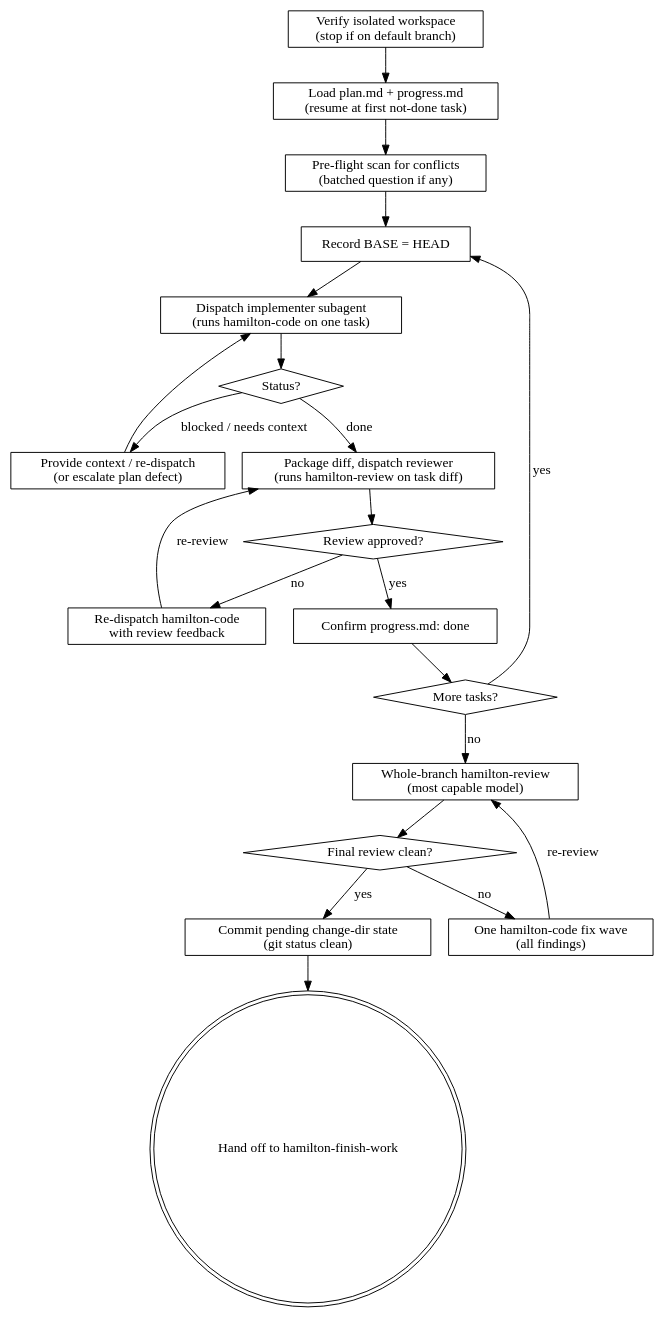
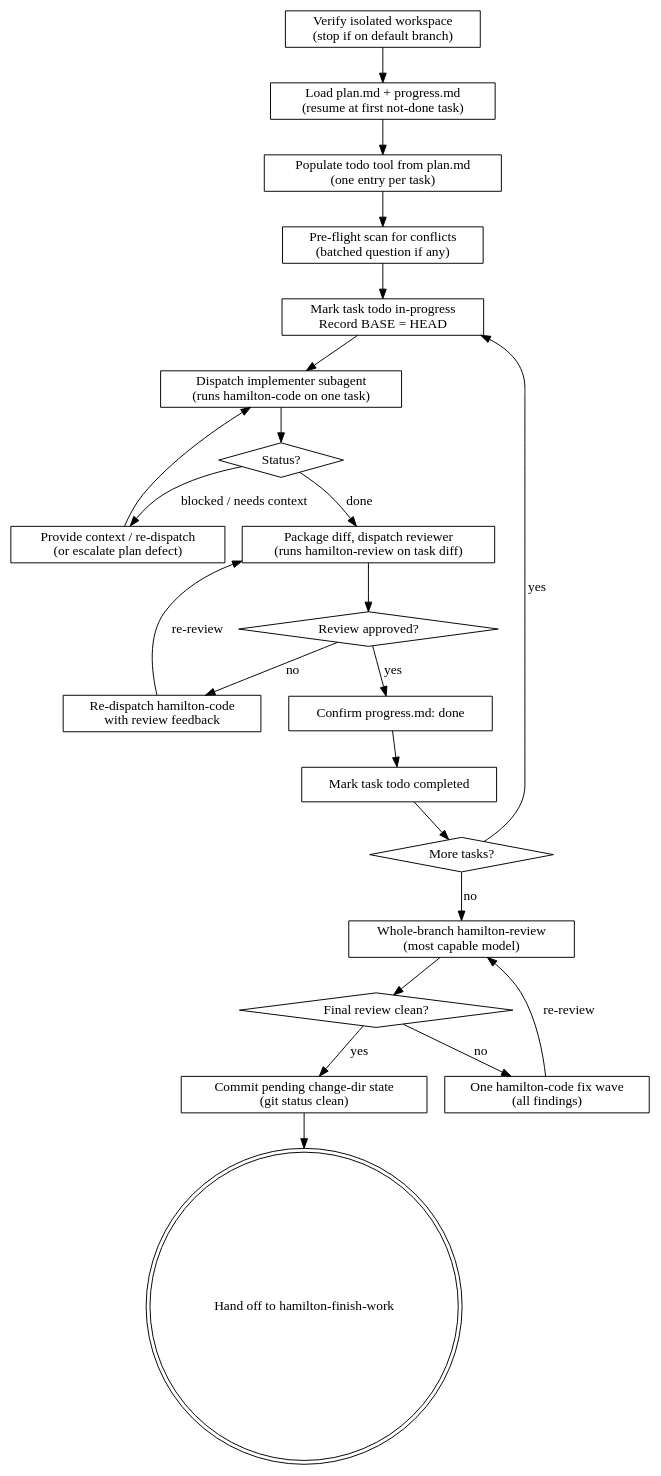
Before and after one commit to caiorcferreira/hamilton: the diagram in skills/hamilton-orchestrate/SKILL.md, drawn with Graphviz. The commit also changed other lines of this file, not shown here.

First line of the commit message:
docs(hamilton-orchestrate): require todo-tool tracking of plan tasks

````diff
--- a/skills/hamilton-orchestrate/SKILL.md
+++ b/skills/hamilton-orchestrate/SKILL.md
@@ -221,42 +239,46 @@
 ```dot
 digraph hamilton_orchestrate {
     "Verify isolated workspace\n(stop if on default branch)" [shape=box];
     "Load plan.md + progress.md\n(resume at first not-done task)" [shape=box];
+    "Populate todo tool from plan.md\n(one entry per task)" [shape=box];
     "Pre-flight scan for conflicts\n(batched question if any)" [shape=box];
-    "Record BASE = HEAD" [shape=box];
+    "Mark task todo in-progress\nRecord BASE = HEAD" [shape=box];
     "Dispatch implementer subagent\n(runs hamilton-code on one task)" [shape=box];
     "Status?" [shape=diamond];
     "Provide context / re-dispatch\n(or escalate plan defect)" [shape=box];
     "Package diff, dispatch reviewer\n(runs hamilton-review on task diff)" [shape=box];
     "Review approved?" [shape=diamond];
     "Re-dispatch hamilton-code\nwith review feedback" [shape=box];
     "Confirm progress.md: done" [shape=box];
+    "Mark task todo completed" [shape=box];
     "More tasks?" [shape=diamond];
     "Whole-branch hamilton-review\n(most capable model)" [shape=box];
     "Final review clean?" [shape=diamond];
     "One hamilton-code fix wave\n(all findings)" [shape=box];
     "Commit pending change-dir state\n(git status clean)" [shape=box];
     "Hand off to hamilton-finish-work" [shape=doublecircle];
 
     "Verify isolated workspace\n(stop if on default branch)" -> "Load plan.md + progress.md\n(resume at first not-done task)";
-    "Load plan.md + progress.md\n(resume at first not-done task)" -> "Pre-flight scan for conflicts\n(batched question if any)";
-    "Pre-flight scan for conflicts\n(batched question if any)" -> "Record BASE = HEAD";
-    "Record BASE = HEAD" -> "Dispatch implementer subagent\n(runs hamilton-code on one task)";
+    "Load plan.md + progress.md\n(resume at first not-done task)" -> "Populate todo tool from plan.md\n(one entry per task)";
+    "Populate todo tool from plan.md\n(one entry per task)" -> "Pre-flight scan for conflicts\n(batched question if any)";
+    "Pre-flight scan for conflicts\n(batched question if any)" -> "Mark task todo in-progress\nRecord BASE = HEAD";
+    "Mark task todo in-progress\nRecord BASE = HEAD" -> "Dispatch implementer subagent\n(runs hamilton-code on one task)";
     "Dispatch implementer subagent\n(runs hamilton-code on one task)" -> "Status?";
     "Status?" -> "Provide context / re-dispatch\n(or escalate plan defect)" [label="blocked / needs context"];
     "Provide context / re-dispatch\n(or escalate plan defect)" -> "Dispatch implementer subagent\n(runs hamilton-code on one task)";
     "Status?" -> "Package diff, dispatch reviewer\n(runs hamilton-review on task diff)" [label="done"];
     "Package diff, dispatch reviewer\n(runs hamilton-review on task diff)" -> "Review approved?";
     "Review approved?" -> "Re-dispatch hamilton-code\nwith review feedback" [label="no"];
     "Re-dispatch hamilton-code\nwith review feedback" -> "Package diff, dispatch reviewer\n(runs hamilton-review on task diff)" [label="re-review"];
     "Review approved?" -> "Confirm progress.md: done" [label="yes"];
-    "Confirm progress.md: done" -> "More tasks?";
-    "More tasks?" -> "Record BASE = HEAD" [label="yes"];
+    "Confirm progress.md: done" -> "Mark task todo completed";
+    "Mark task todo completed" -> "More tasks?";
+    "More tasks?" -> "Mark task todo in-progress\nRecord BASE = HEAD" [label="yes"];
     "More tasks?" -> "Whole-branch hamilton-review\n(most capable model)" [label="no"];
     "Whole-branch hamilton-review\n(most capable model)" -> "Final review clean?";
     "Final review clean?" -> "One hamilton-code fix wave\n(all findings)" [label="no"];
     "One hamilton-code fix wave\n(all findings)" -> "Whole-branch hamilton-review\n(most capable model)" [label="re-review"];
     "Final review clean?" -> "Commit pending change-dir state\n(git status clean)" [label="yes"];
     "Commit pending change-dir state\n(git status clean)" -> "Hand off to hamilton-finish-work";
 }
 ```
````
